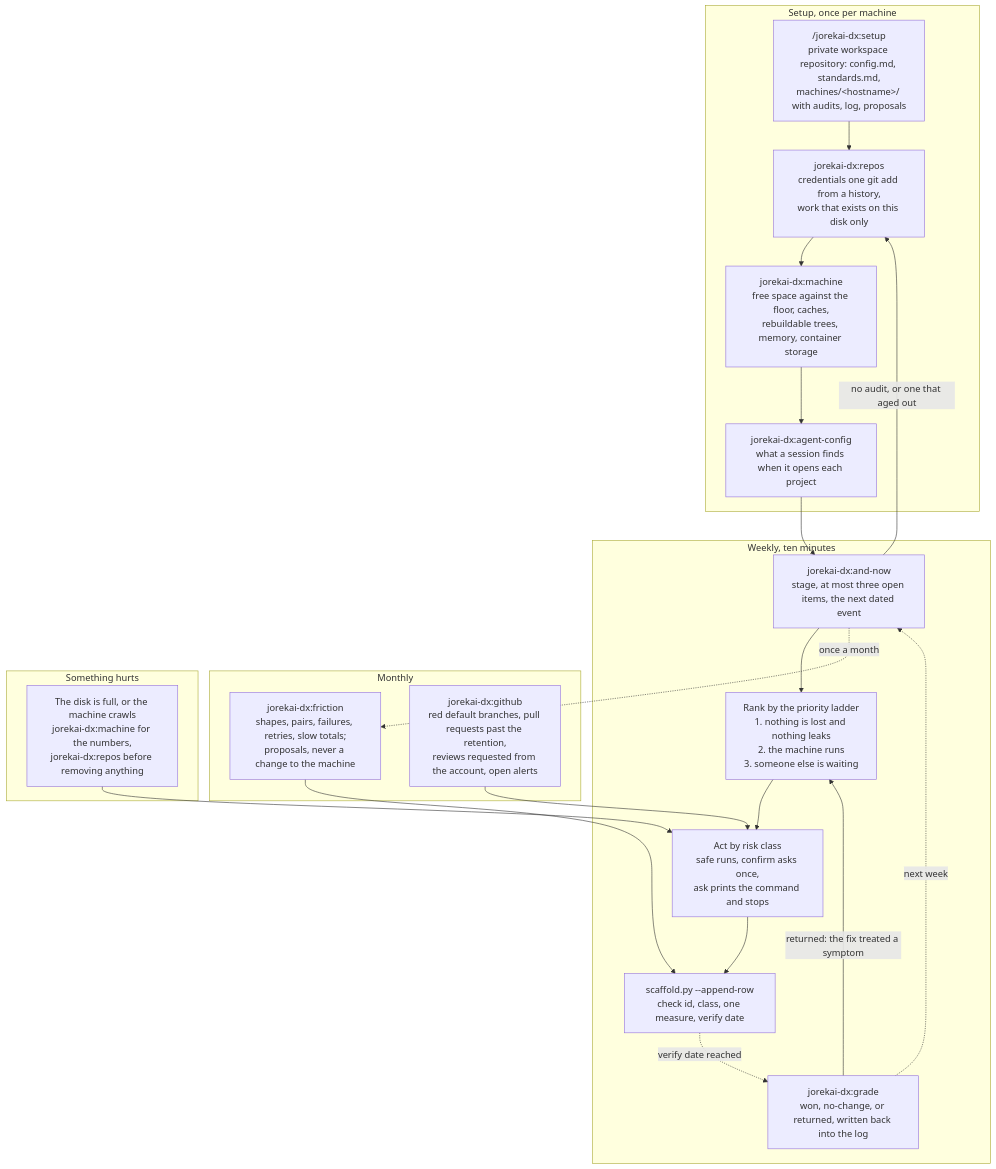
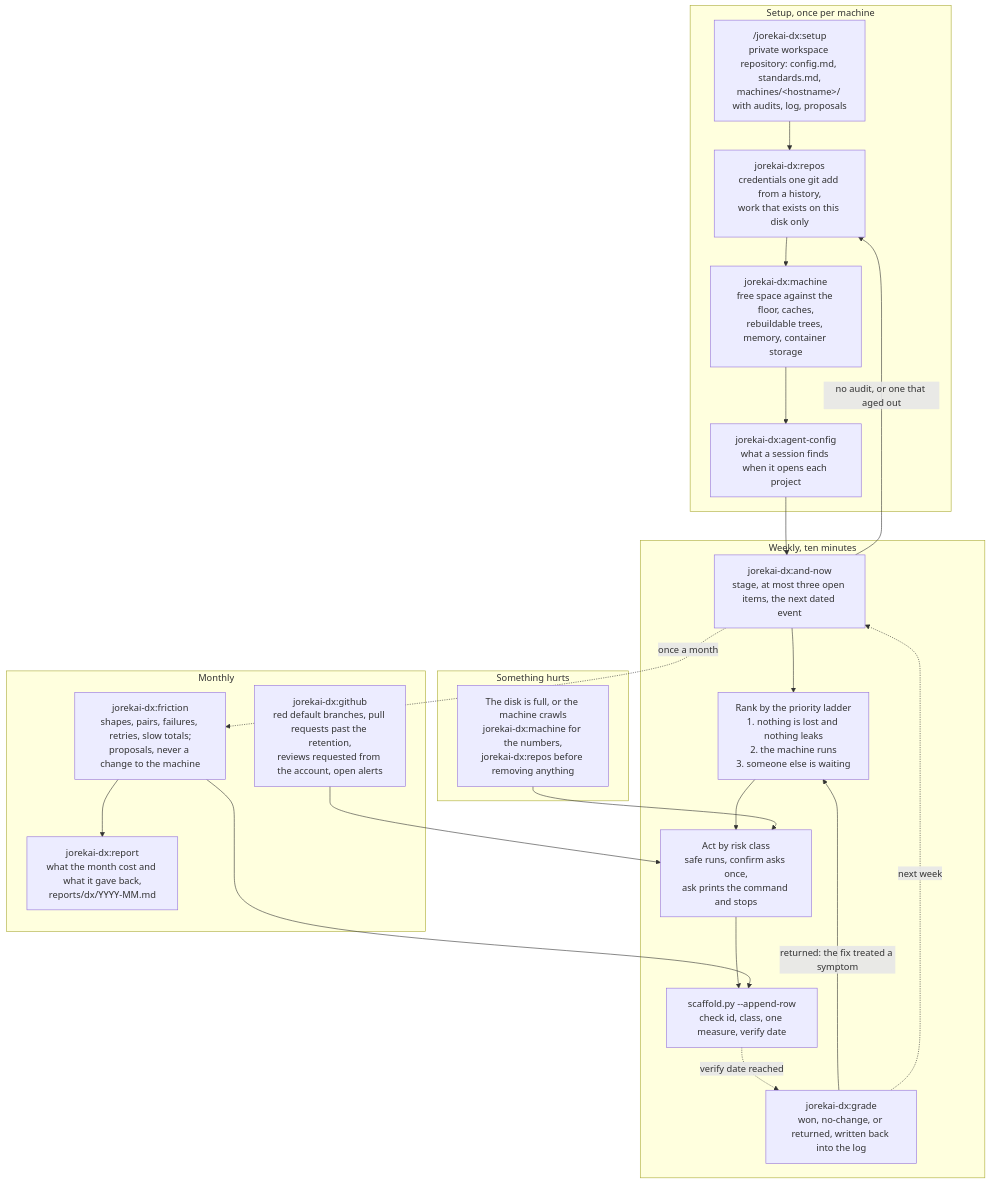
One commit to jorekai/skills changed the second of 3 diagrams in README.md. Above: the diagram before and after it, drawn with Mermaid. The commit also changed other lines of this file and 24 other files, not shown here.

First line of the commit message:
feat: the month a machine and a host gave back, from files alone

````diff
--- a/README.md
+++ b/README.md
@@ -140,38 +140,40 @@
 ```mermaid
 flowchart TD
     subgraph E["Setup, once per machine"]
         S1["/jorekai-dx:setup<br/>private workspace repository: config.md, standards.md,<br/>machines/&lt;hostname&gt;/ with audits, log, proposals"]
         S2["jorekai-dx:repos<br/>credentials one git add from a history,<br/>work that exists on this disk only"]
         S3["jorekai-dx:machine<br/>free space against the floor, caches,<br/>rebuildable trees, memory, container storage"]
         S4["jorekai-dx:agent-config<br/>what a session finds when it opens each project"]
         S1 --> S2 --> S3 --> S4
     end
 
     subgraph W["Weekly, ten minutes"]
         W1["jorekai-dx:and-now<br/>stage, at most three open items, the next dated event"]
         W2["Rank by the priority ladder<br/>1. nothing is lost and nothing leaks<br/>2. the machine runs<br/>3. someone else is waiting"]
         W3["Act by risk class<br/>safe runs, confirm asks once,<br/>ask prints the command and stops"]
         W4["scaffold.py --append-row<br/>check id, class, one measure, verify date"]
         W5["jorekai-dx:grade<br/>won, no-change, or returned, written back into the log"]
         W1 --> W2 --> W3 --> W4
         W4 -. "verify date reached" .-> W5
         W5 -- "returned: the fix treated a symptom" --> W2
         W5 -. "next week" .-> W1
     end
 
     subgraph M["Monthly"]
         M1["jorekai-dx:friction<br/>shapes, pairs, failures, retries, slow totals;<br/>proposals, never a change to the machine"]
         M2["jorekai-dx:github<br/>red default branches, pull requests past the retention,<br/>reviews requested from the account, open alerts"]
+        M3["jorekai-dx:report<br/>what the month cost and what it gave back,<br/>reports/dx/YYYY-MM.md"]
+        M1 --> M3
     end
 
     subgraph H["Something hurts"]
         H1["The disk is full, or the machine crawls<br/>jorekai-dx:machine for the numbers,<br/>jorekai-dx:repos before removing anything"]
     end
 
     S4 --> W1
     W1 -- "no audit, or one that aged out" --> S2
     W1 -. "once a month" .-> M1
     M1 --> W4
     M2 --> W3
     H1 --> W3
 ```
````
